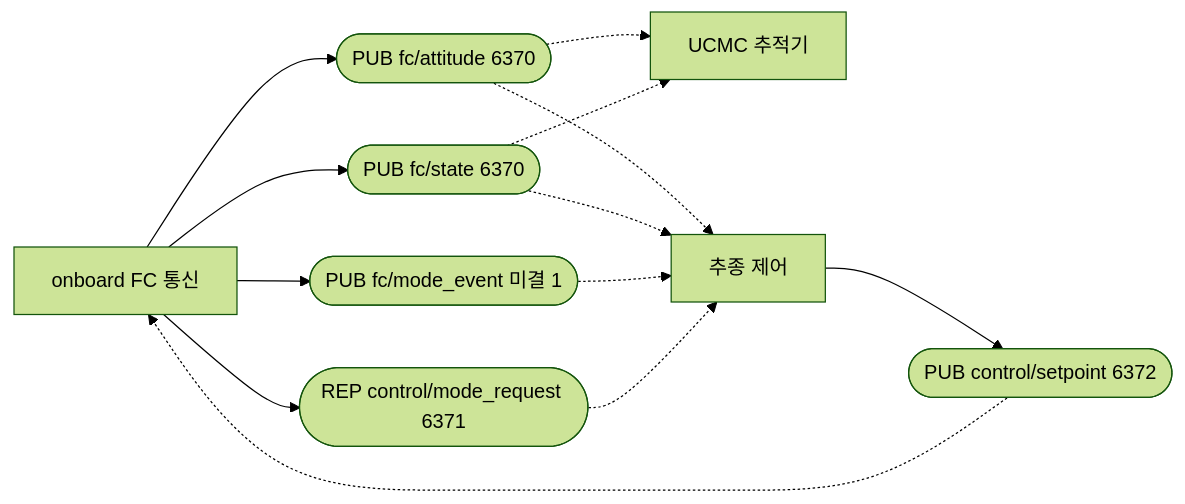
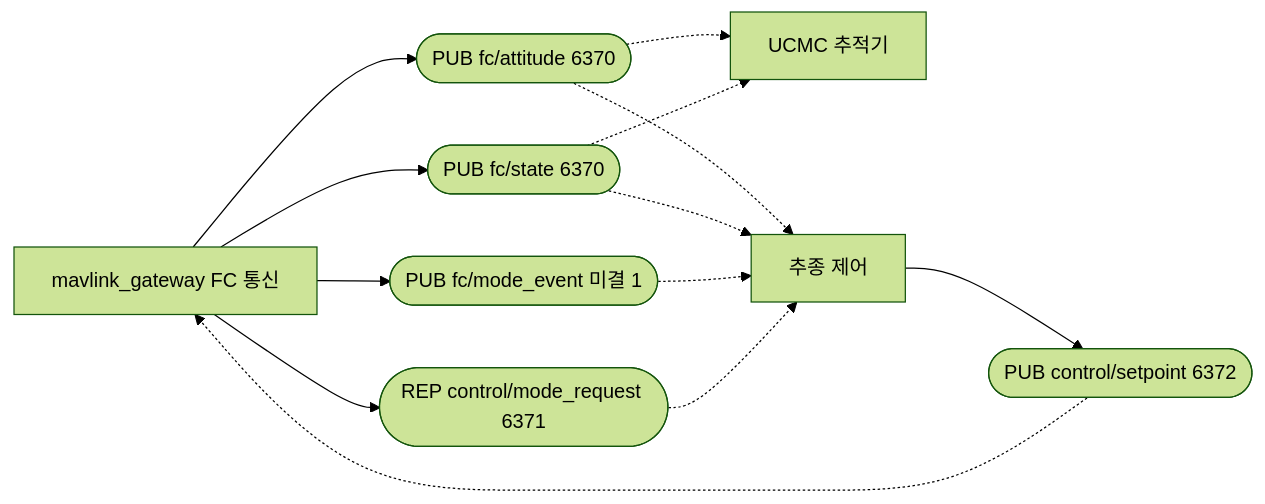
The second of 4 diagrams in docs/design/uml/component.md (lig-argus/argus-edge-vision), drawn with Mermaid (forest theme) before and after one commit. The commit also changed other lines of this file and 44 other files, not shown here.

First line of the commit message:
refactor(onboard): FC, 통제기 통신 프로세스의 이름을 onboard 에서 mavlink_gateway 로 변경 (#83)

````diff
--- a/docs/design/uml/component.md
+++ b/docs/design/uml/component.md
@@ -52,26 +52,26 @@
 ```mermaid
 flowchart LR
-    fc_link[onboard FC 통신]
+    fc_link[mavlink_gateway FC 통신]
     tracker[UCMC 추적기]
     follow[추종 제어]
 
     i_att([PUB fc/attitude 6370])
     i_state([PUB fc/state 6370])
     i_mode_ev([PUB fc/mode_event 미결 1])
     i_modereq([REP control/mode_request 6371])
     i_setpoint([PUB control/setpoint 6372])
 
     fc_link --> i_att
     fc_link --> i_state
     fc_link --> i_mode_ev
     fc_link --> i_modereq
     follow --> i_setpoint
 
     i_att -.-> tracker
     i_state -.-> tracker
     i_att -.-> follow
     i_state -.-> follow
     i_mode_ev -.-> follow
     i_modereq -.-> follow
     i_setpoint -.-> fc_link
 ```
````
